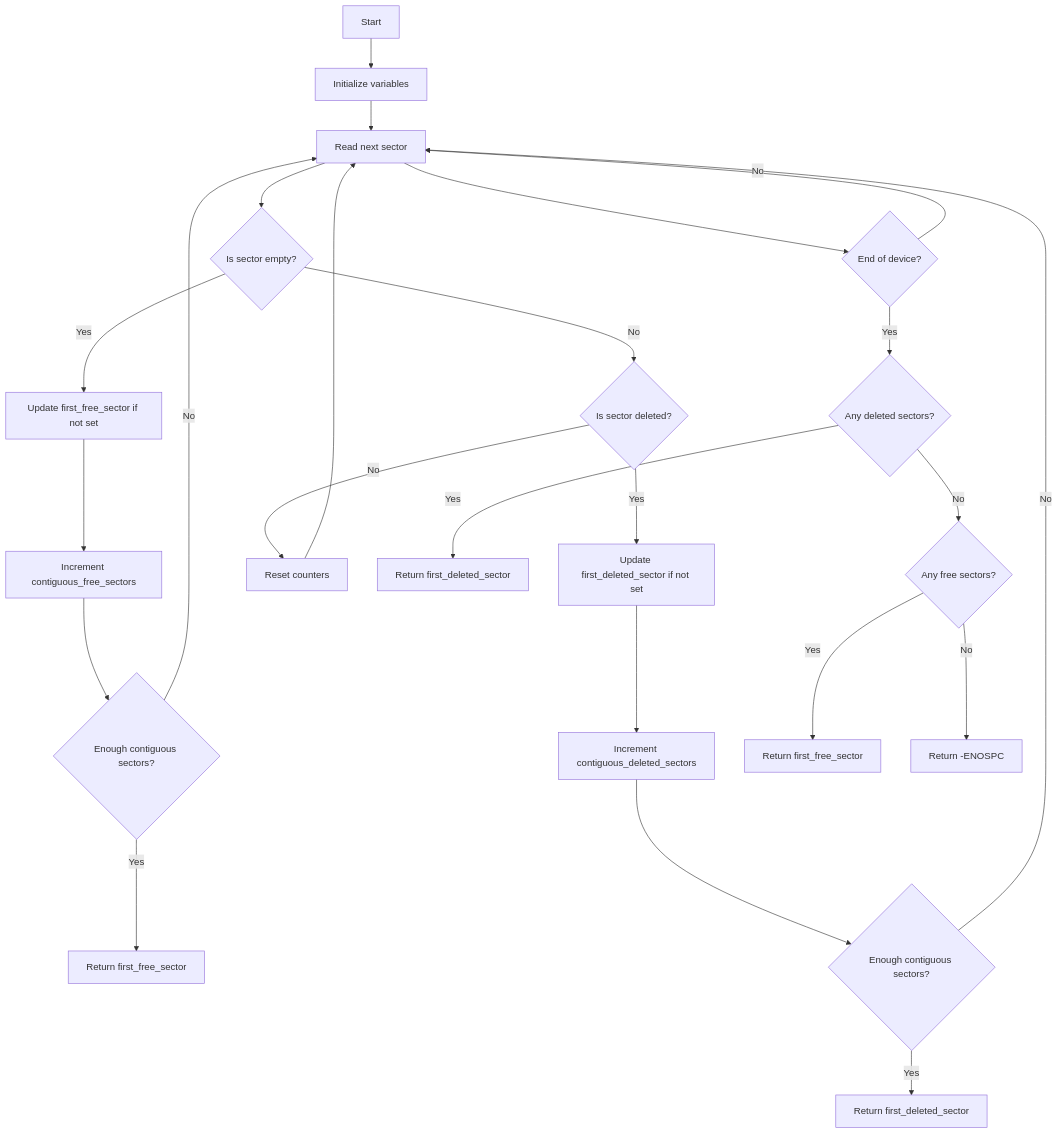
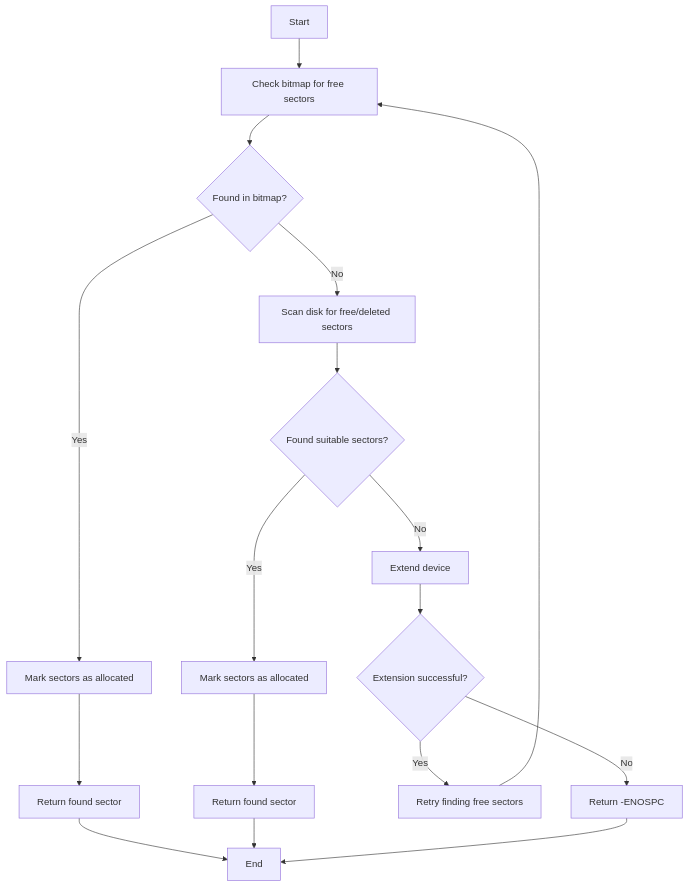
The second of 10 diagrams in TechnicalDesign.md (mehrantsi/high-performance-kv-store), drawn with Mermaid before and after one commit. The commit also changed other lines of this file, not shown here.

````diff
--- a/TechnicalDesign.md
+++ b/TechnicalDesign.md
@@ -289,26 +272,19 @@
 ```mermaid
 flowchart TD
-A[Start] --> B[Initialize variables]
-B --> C[Read next sector]
-C --> D{Is sector empty?}
-D -- Yes --> E[Update first_free_sector if not set]
-E --> F[Increment contiguous_free_sectors]
-F --> G{Enough contiguous sectors?}
-G -- Yes --> H[Return first_free_sector]
-G -- No --> C
-D -- No --> I{Is sector deleted?}
-I -- Yes --> J[Update first_deleted_sector if not set]
-J --> K[Increment contiguous_deleted_sectors]
-K --> L{Enough contiguous sectors?}
-L -- Yes --> M[Return first_deleted_sector]
-L -- No --> C
-I -- No --> N[Reset counters]
-N --> C
-C --> O{End of device?}
-O -- Yes --> P{Any deleted sectors?}
-P -- Yes --> Q[Return first_deleted_sector]
-P -- No --> R{Any free sectors?}
-R -- Yes --> S[Return first_free_sector]
-R -- No --> T[Return -ENOSPC]
-O -- No --> C
+A[Start] --> B[Check bitmap for free sectors]
+B --> C{Found in bitmap?}
+C -- Yes --> D[Mark sectors as allocated]
+D --> E[Return found sector]
+C -- No --> F[Scan disk for free/deleted sectors]
+F --> G{Found suitable sectors?}
+G -- Yes --> H[Mark sectors as allocated]
+H --> I[Return found sector]
+G -- No --> J[Extend device]
+J --> K{Extension successful?}
+K -- Yes --> L[Retry finding free sectors]
+L --> B
+K -- No --> M[Return -ENOSPC]
+E --> N[End]
+I --> N
+M --> N
 ```
````
